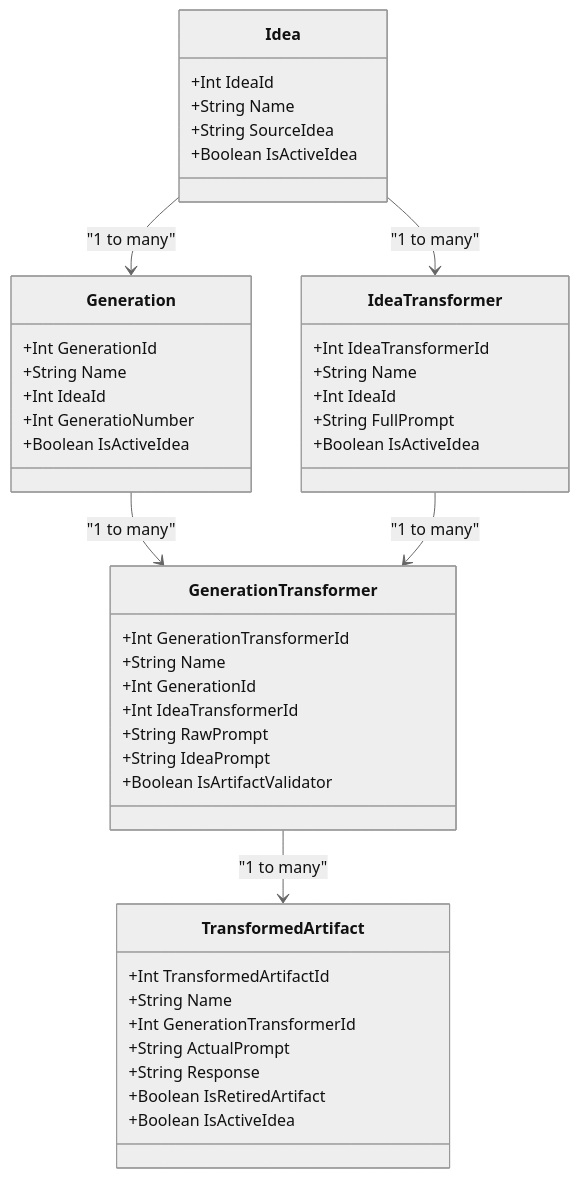
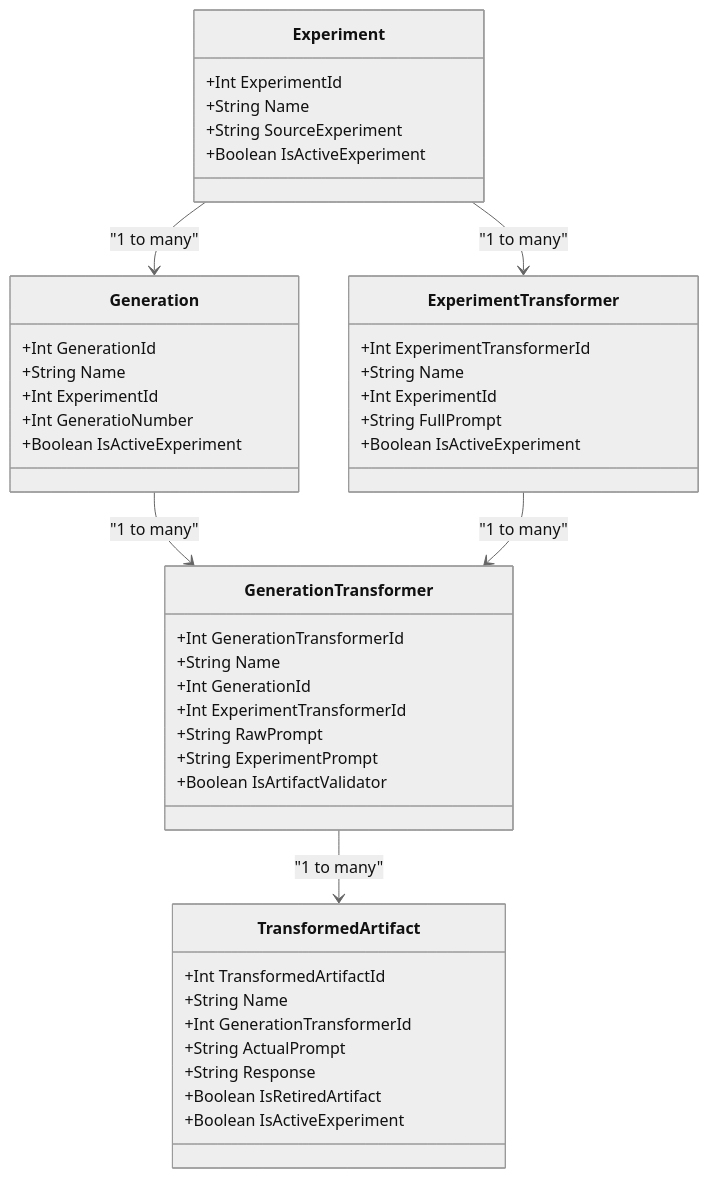
The third of 4 diagrams in README.md (eejai42/syntax-free-vs-locked), drawn with Mermaid (neutral theme) before and after one commit. The commit also changed other lines of this file and 49 other files, not shown here.

````diff
--- a/README.md
+++ b/README.md
@@ -124,51 +207,51 @@
 ```mermaid
 classDiagram
-    Idea --> Generation : "1 to many"
-    Idea --> IdeaTransformer : "1 to many"
+    Experiment --> Generation : "1 to many"
+    Experiment --> ExperimentTransformer : "1 to many"
     Generation --> GenerationTransformer : "1 to many"
-    IdeaTransformer --> GenerationTransformer : "1 to many"
+    ExperimentTransformer --> GenerationTransformer : "1 to many"
     GenerationTransformer --> TransformedArtifact : "1 to many"
 
-    class Idea {
-        +Int IdeaId
+    class Experiment {
+        +Int ExperimentId
         +String Name
-        +String SourceIdea
-        +Boolean IsActiveIdea
+        +String SourceExperiment
+        +Boolean IsActiveExperiment
     }
 
     class Generation {
         +Int GenerationId
         +String Name
-        +Int IdeaId
+        +Int ExperimentId
         +Int GeneratioNumber
-        +Boolean IsActiveIdea
+        +Boolean IsActiveExperiment
     }
 
     class GenerationTransformer {
         +Int GenerationTransformerId
         +String Name
         +Int GenerationId
-        +Int IdeaTransformerId
+        +Int ExperimentTransformerId
         +String RawPrompt
-        +String IdeaPrompt
+        +String ExperimentPrompt
         +Boolean IsArtifactValidator
     }
 
-    class IdeaTransformer {
-        +Int IdeaTransformerId
+    class ExperimentTransformer {
+        +Int ExperimentTransformerId
         +String Name
-        +Int IdeaId
+        +Int ExperimentId
         +String FullPrompt
-        +Boolean IsActiveIdea
+        +Boolean IsActiveExperiment
     }
 
     class TransformedArtifact {
         +Int TransformedArtifactId
         +String Name
         +Int GenerationTransformerId
         +String ActualPrompt
         +String Response
         +Boolean IsRetiredArtifact
-        +Boolean IsActiveIdea
+        +Boolean IsActiveExperiment
     }
 ```
````
